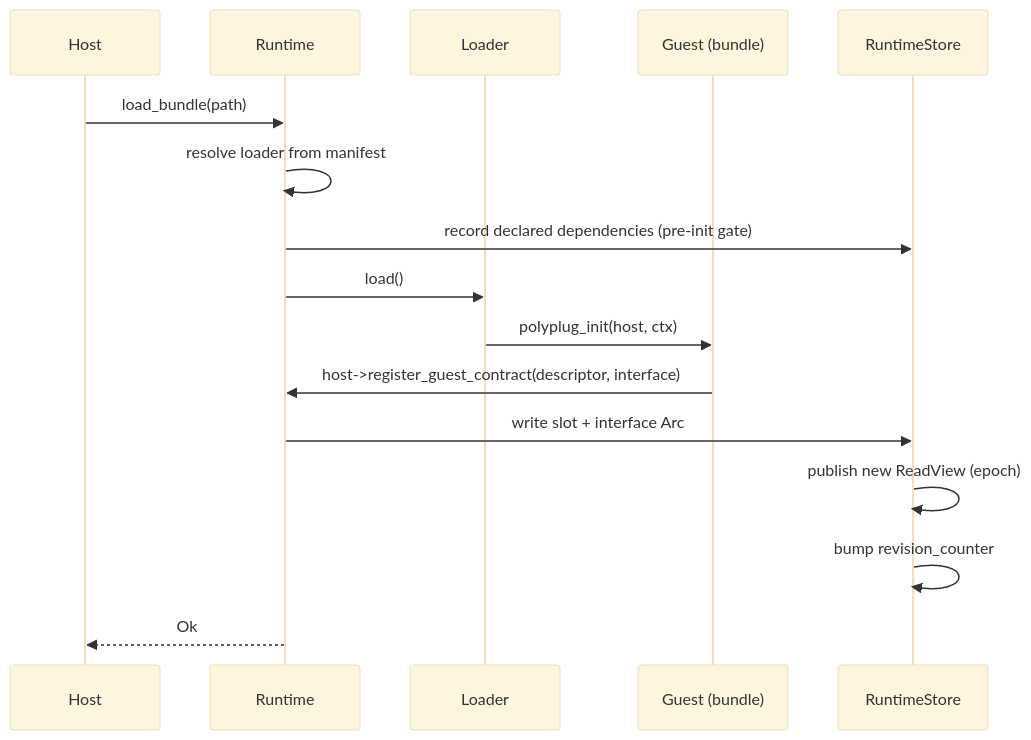
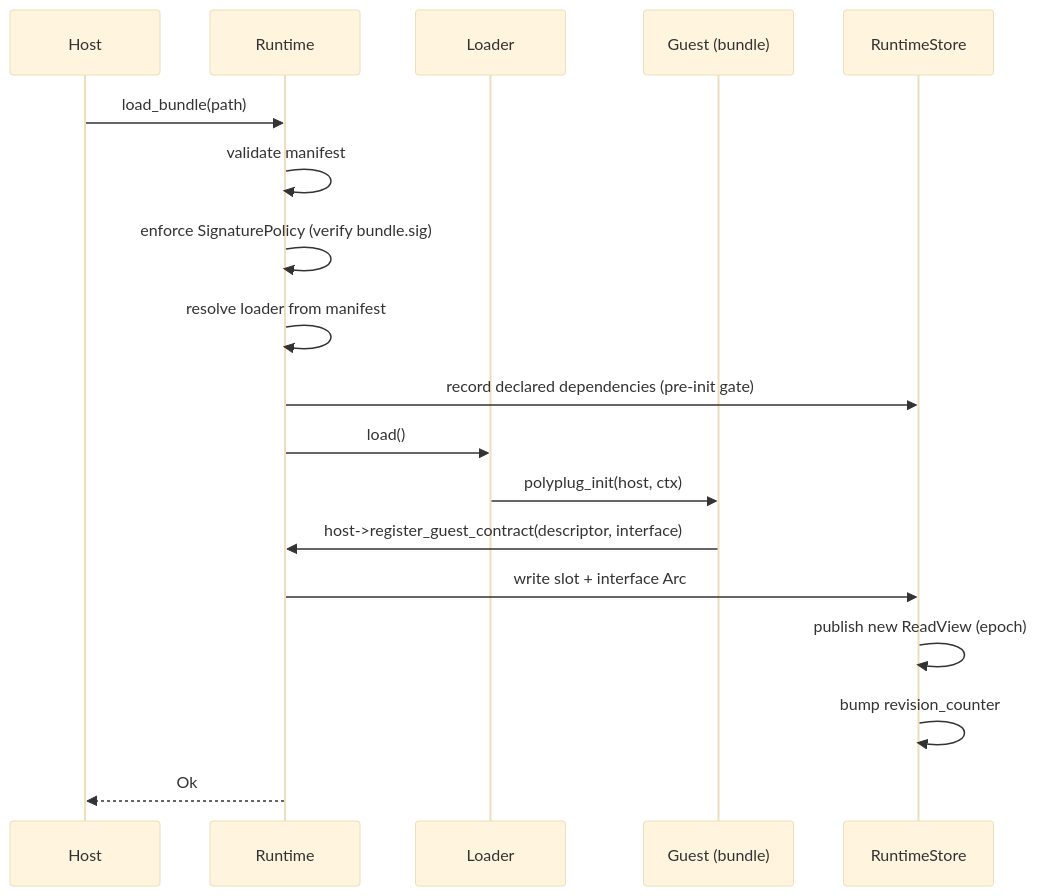
Before and after one commit to polyplug/polyplug: the second of 8 diagrams in docs/ARCHITECTURE.md, drawn with Mermaid (base theme). The commit also changed other lines of this file and 43 other files, not shown here.

First line of the commit message:
feat(signing): bundle signing & verification with SignaturePolicy (#2)

````diff
--- a/docs/ARCHITECTURE.md
+++ b/docs/ARCHITECTURE.md
@@ -71,19 +73,21 @@
 ```mermaid
 sequenceDiagram
     participant H as Host
     participant R as Runtime
     participant L as Loader
     participant G as Guest (bundle)
     participant S as RuntimeStore
 
     H->>R: load_bundle(path)
+    R->>R: validate manifest
+    R->>R: enforce SignaturePolicy (verify bundle.sig)
     R->>R: resolve loader from manifest
     R->>S: record declared dependencies (pre-init gate)
     R->>L: load()
     L->>G: polyplug_init(host, ctx)
     G->>R: host->register_guest_contract(descriptor, interface)
     R->>S: write slot + interface Arc
     S->>S: publish new ReadView (epoch)
     S->>S: bump revision_counter
     R-->>H: Ok
 ```
````
